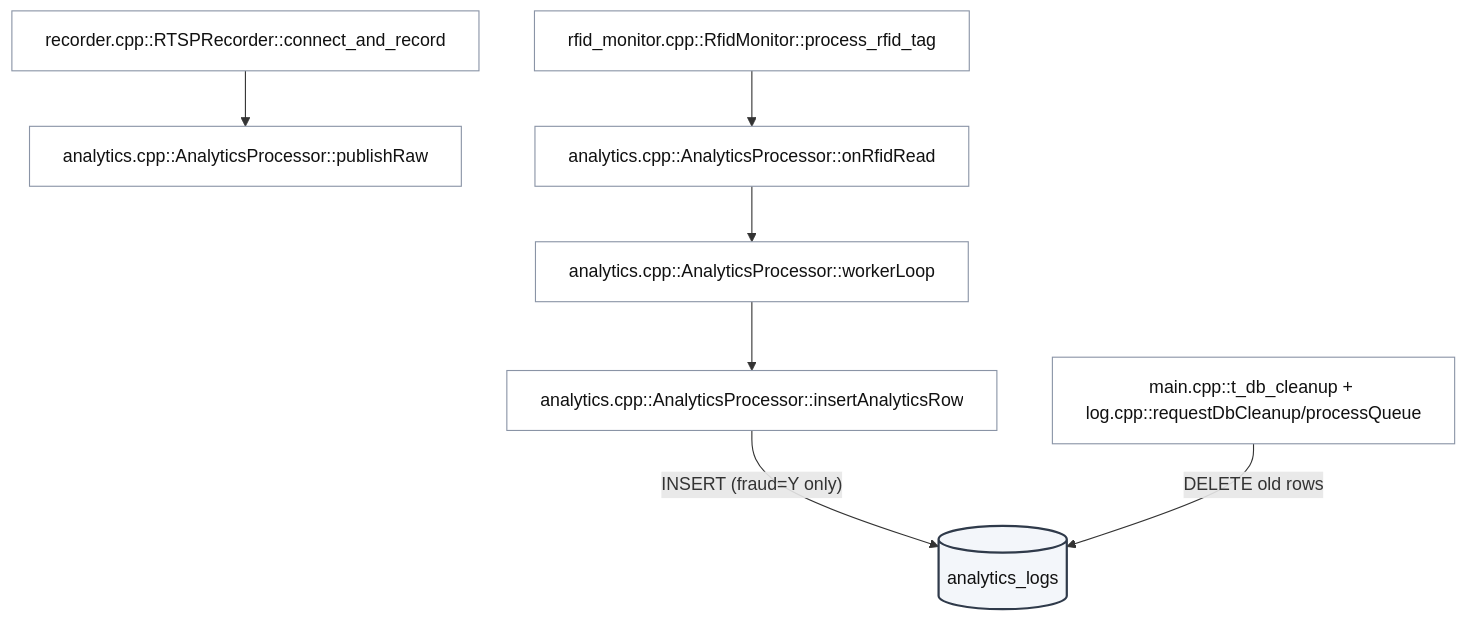
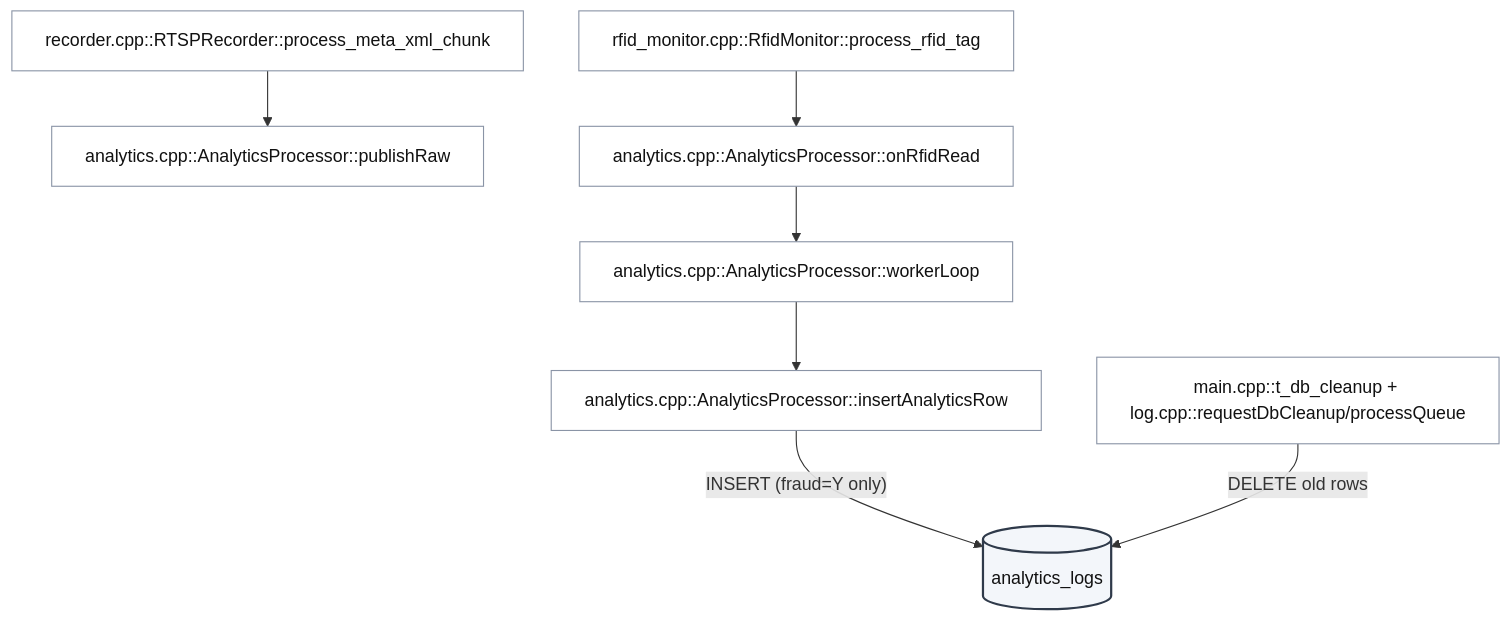
One commit to VEDA36tmea1/SFEPS changed the fourth of 6 diagrams in docs/notion_db_flow.md. Above: the diagram before and after it, drawn with Mermaid. The commit also changed other lines of this file and 10 other files, not shown here.

````diff
--- a/docs/notion_db_flow.md
+++ b/docs/notion_db_flow.md
@@ -85,19 +85,19 @@
 ```mermaid
 flowchart TB
     classDef table fill:#f3f6fa,stroke:#2f3a4a,stroke-width:2px,color:#111;
     classDef func fill:#ffffff,stroke:#8a94a6,color:#111;
 
     T[(analytics_logs)]:::table
-    F0["recorder.cpp::RTSPRecorder::connect_and_record"]:::func
+    F0["recorder.cpp::RTSPRecorder::process_meta_xml_chunk"]:::func
     F1["analytics.cpp::AnalyticsProcessor::publishRaw"]:::func
     F2["rfid_monitor.cpp::RfidMonitor::process_rfid_tag"]:::func
     F3["analytics.cpp::AnalyticsProcessor::onRfidRead"]:::func
     F4["analytics.cpp::AnalyticsProcessor::workerLoop"]:::func
     F5["analytics.cpp::AnalyticsProcessor::insertAnalyticsRow"]:::func
     F6["main.cpp::t_db_cleanup + log.cpp::requestDbCleanup/processQueue"]:::func
 
     F0 --> F1
     F2 --> F3 --> F4 --> F5
     F5 -- "INSERT (fraud=Y only)" --> T
     F6 -- "DELETE old rows" --> T
 ```
````
